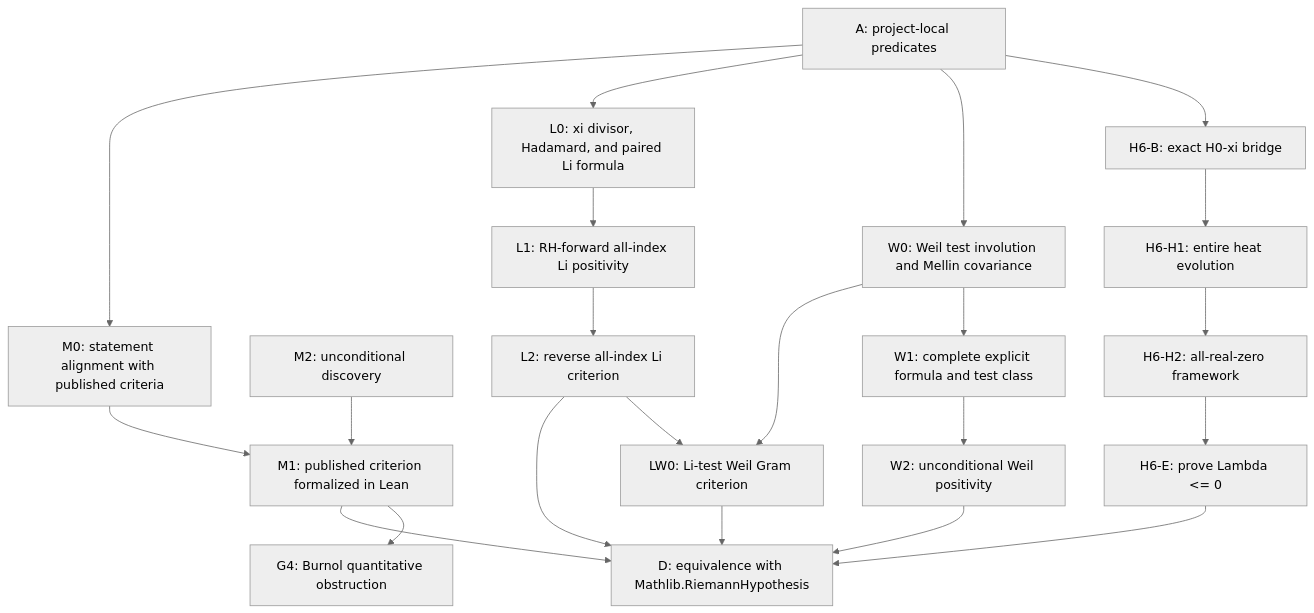
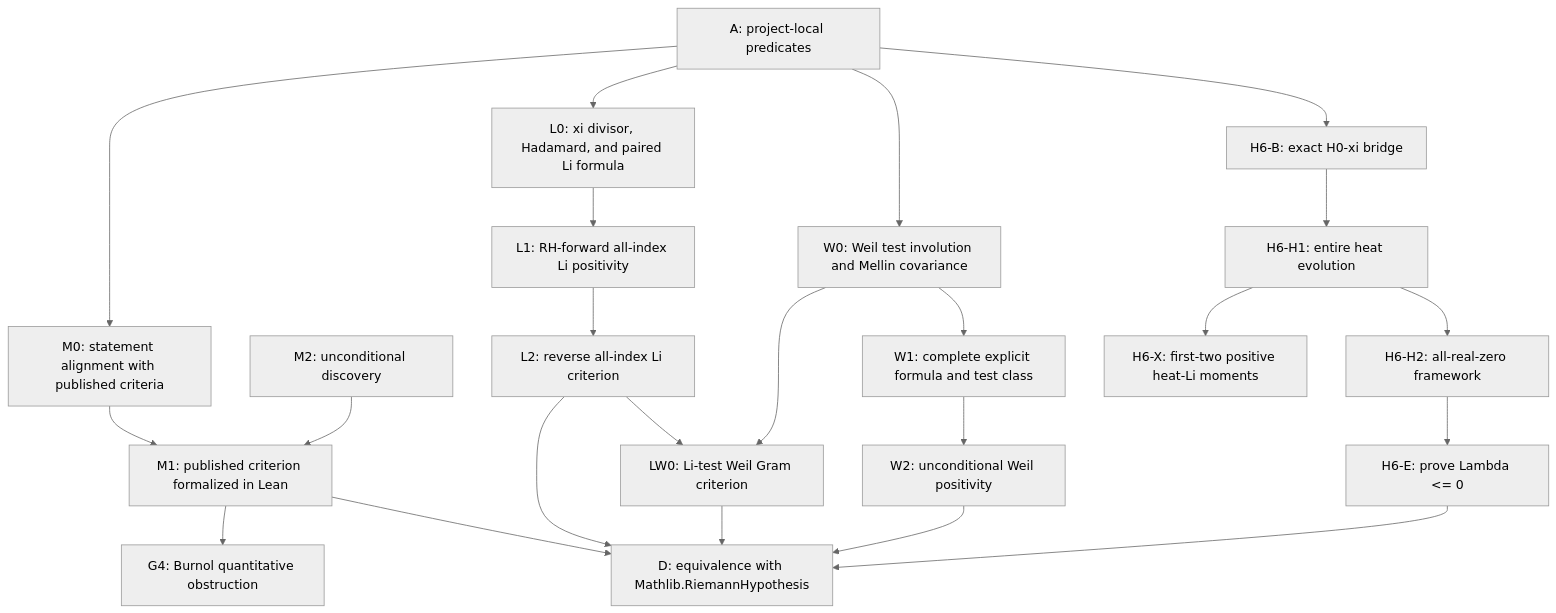
The diagram in research/hard_gap_dag.md (Ryugu-07/lean-lab-rh), drawn with Mermaid (neutral theme) before and after one commit. The commit also changed other lines of this file and 10 other files, not shown here.

Commit message:
feat: prove first heat Li moment inequalities

````diff
--- a/research/hard_gap_dag.md
+++ b/research/hard_gap_dag.md
@@ -12,24 +12,25 @@
 ```mermaid
 flowchart TD
     A["A: project-local predicates"] --> M0["M0: statement alignment with published criteria"]
     M0 --> M1["M1: published criterion formalized in Lean"]
     M1 --> D["D: equivalence with Mathlib.RiemannHypothesis"]
     E["M2: unconditional discovery"] --> M1
     M1 --> G4["G4: Burnol quantitative obstruction"]
     A --> L0["L0: xi divisor, Hadamard, and paired Li formula"]
     L0 --> L1["L1: RH-forward all-index Li positivity"]
     L1 --> L2["L2: reverse all-index Li criterion"]
     L2 --> D
     L2 --> LW0["LW0: Li-test Weil Gram criterion"]
     W0 --> LW0
     LW0 --> D
     A --> W0["W0: Weil test involution and Mellin covariance"]
     W0 --> W1["W1: complete explicit formula and test class"]
     W1 --> W2["W2: unconditional Weil positivity"]
     W2 --> D
     A --> H6B["H6-B: exact H0-xi bridge"]
     H6B --> H6H1["H6-H1: entire heat evolution"]
     H6H1 --> H6H["H6-H2: all-real-zero framework"]
+    H6H1 --> H6X["H6-X: first-two positive heat-Li moments"]
     H6H --> H6E["H6-E: prove Lambda <= 0"]
     H6E --> D
 ```
````
